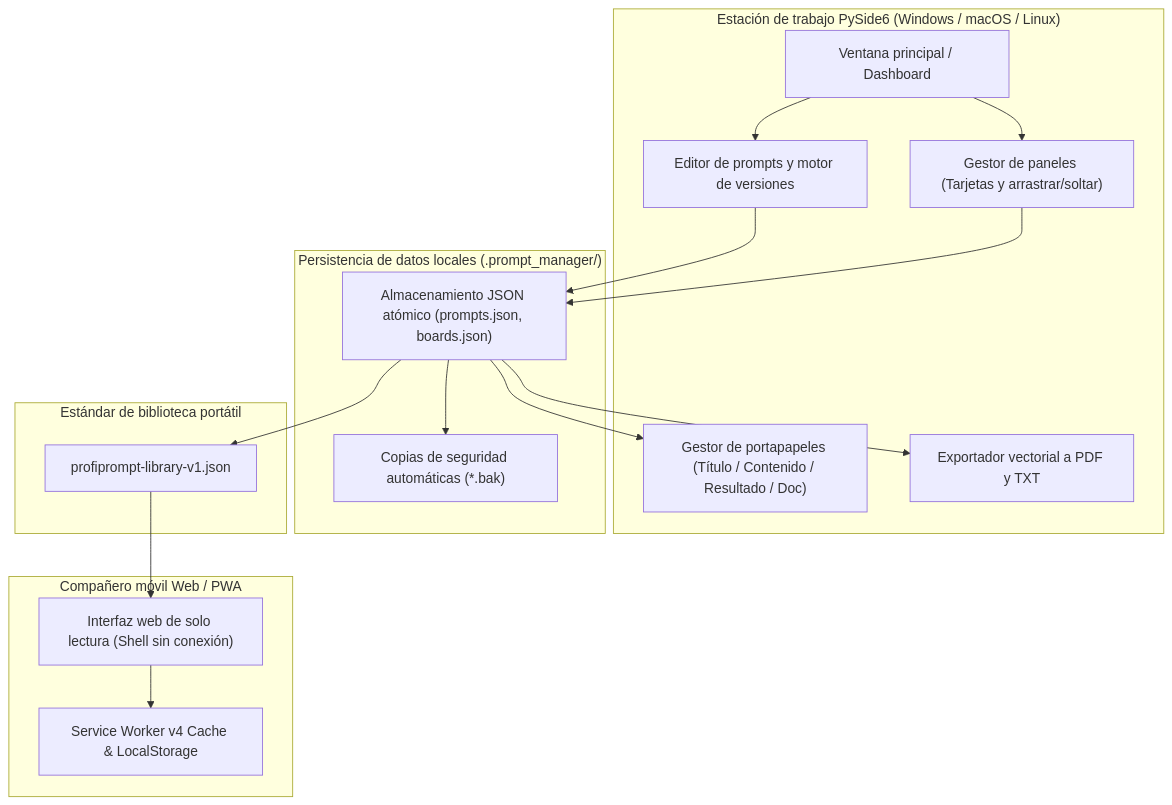
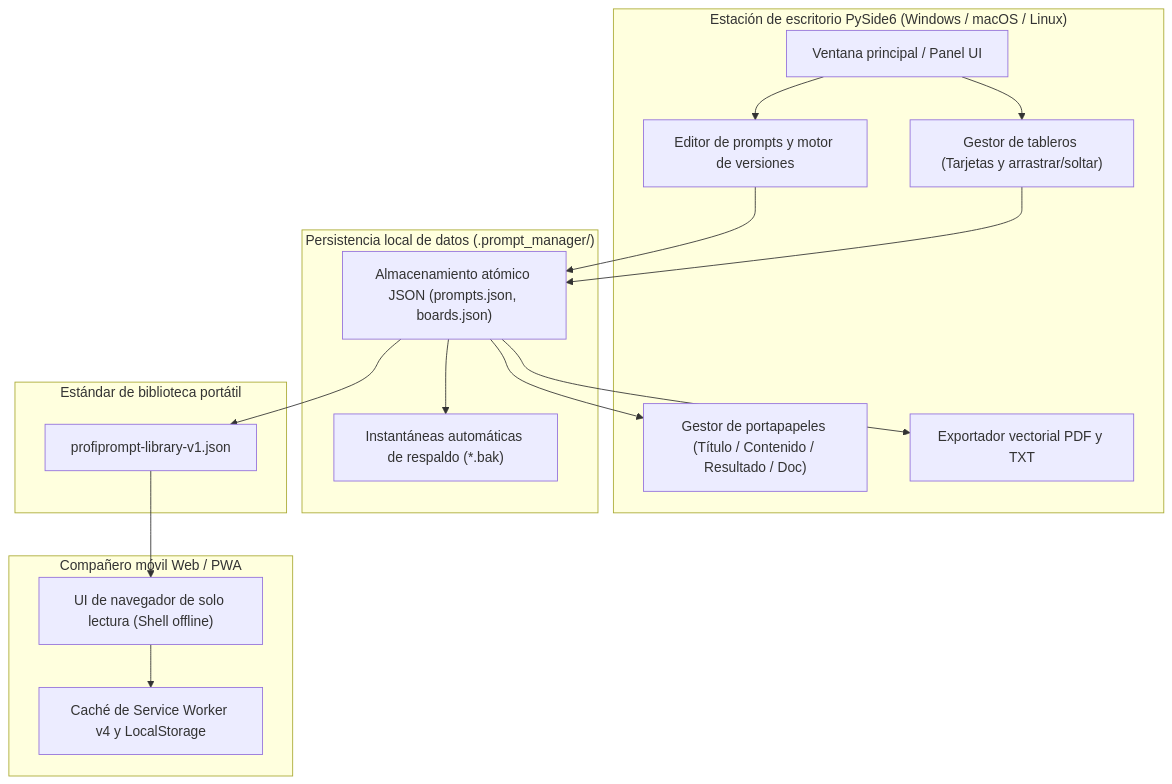
One commit to file-bricks/ProfiPrompt changed the first of 2 diagrams in README_es.md. Above: the diagram before and after it, drawn with Mermaid. The commit also changed other lines of this file and 9 other files, not shown here.

Commit message:
chore(marketing): discoverability, visual architecture, bilingual parity, root NOTICE & Level 1 SBOM

````diff
--- a/README_es.md
+++ b/README_es.md
@@ -119,35 +128,35 @@
 ```mermaid
 flowchart TD
-    subgraph DesktopApp["Estación de trabajo PySide6 (Windows / macOS / Linux)"]
-        UI["Ventana principal / Dashboard"]
-        BM["Gestor de paneles (Tarjetas y arrastrar/soltar)"]
+    subgraph DesktopApp["Estación de escritorio PySide6 (Windows / macOS / Linux)"]
+        UI["Ventana principal / Panel UI"]
+        BM["Gestor de tableros (Tarjetas y arrastrar/soltar)"]
         PM["Editor de prompts y motor de versiones"]
         CM["Gestor de portapapeles (Título / Contenido / Resultado / Doc)"]
-        EX["Exportador vectorial a PDF y TXT"]
+        EX["Exportador vectorial PDF y TXT"]
     end
 
-    subgraph Storage["Persistencia de datos locales (.prompt_manager/)"]
-        JSONStore["Almacenamiento JSON atómico (prompts.json, boards.json)"]
-        BackupStore["Copias de seguridad automáticas (*.bak)"]
+    subgraph Storage["Persistencia local de datos (.prompt_manager/)"]
+        JSONStore["Almacenamiento atómico JSON (prompts.json, boards.json)"]
+        BackupStore["Instantáneas automáticas de respaldo (*.bak)"]
     end
 
     subgraph ExportFormat["Estándar de biblioteca portátil"]
         LibJSON["profiprompt-library-v1.json"]
     end
 
     subgraph Companion["Compañero móvil Web / PWA"]
-        PWA["Interfaz web de solo lectura (Shell sin conexión)"]
-        LocalCache["Service Worker v4 Cache & LocalStorage"]
+        PWA["UI de navegador de solo lectura (Shell offline)"]
+        LocalCache["Caché de Service Worker v4 y LocalStorage"]
     end
 
     UI --> PM
     UI --> BM
     PM --> JSONStore
     BM --> JSONStore
     JSONStore --> BackupStore
     JSONStore --> CM
     JSONStore --> EX
     JSONStore --> LibJSON
     LibJSON --> PWA
     PWA --> LocalCache
 ```
````
